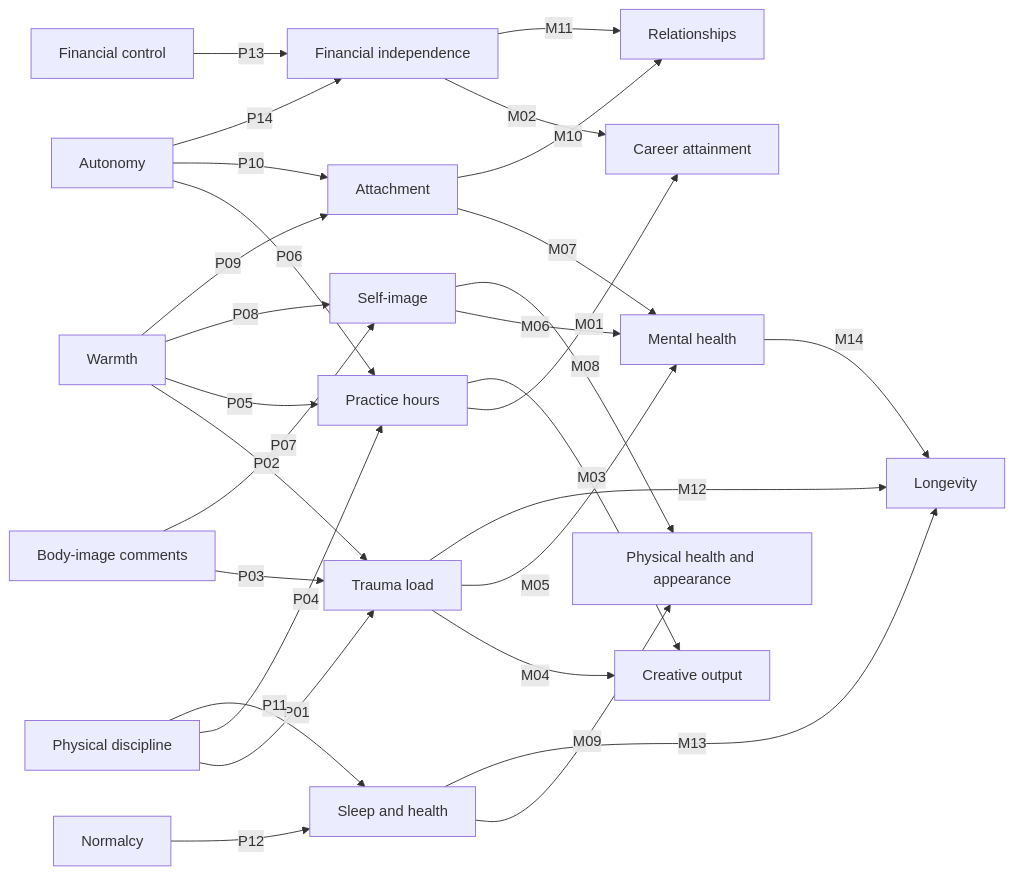
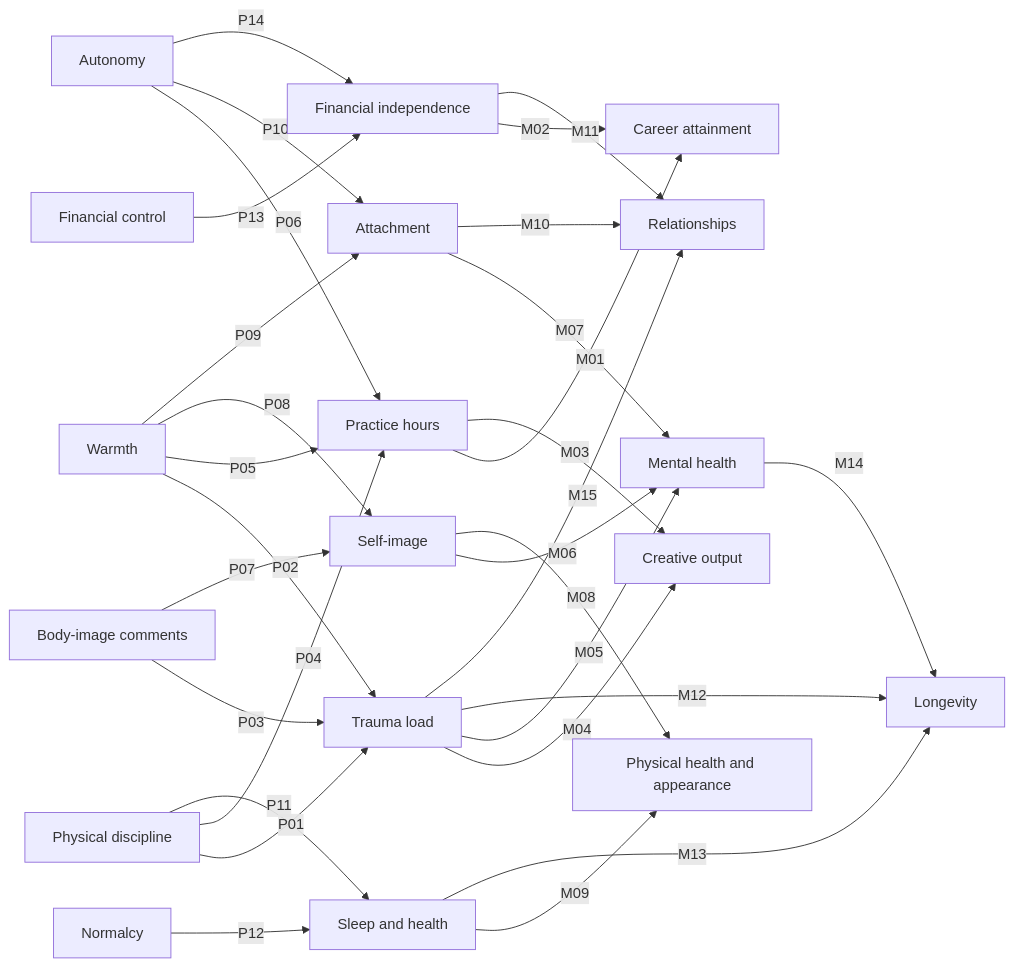
The diagram in docs/BUILD_GUIDE.md (rajisworking16/jackson-counterfactual), drawn with Mermaid before and after one commit. The commit also changed other lines of this file and 3 other files, not shown here.

````diff
--- a/docs/BUILD_GUIDE.md
+++ b/docs/BUILD_GUIDE.md
@@ -337,31 +339,32 @@
 ```mermaid
 flowchart LR
   D1[Physical discipline] -->|P01| M2[Trauma load]
   D2[Warmth] -->|P02| M2
   D5[Body-image comments] -->|P03| M2
   D1 -->|P04| M1[Practice hours]
   D2 -->|P05| M1
   D3[Autonomy] -->|P06| M1
   D5 -->|P07| M3[Self-image]
   D2 -->|P08| M3
   D2 -->|P09| M4[Attachment]
   D3 -->|P10| M4
   D1 -->|P11| M5[Sleep and health]
   D4[Normalcy] -->|P12| M5
   D6[Financial control] -->|P13| M6[Financial independence]
   D3 -->|P14| M6
   M1 -->|M01| O1[Career attainment]
   M6 -->|M02| O1
   M1 -->|M03| O2[Creative output]
   M2 -->|M04| O2
   M2 -->|M05| O3[Mental health]
   M3 -->|M06| O3
   M4 -->|M07| O3
   M3 -->|M08| O4[Physical health and appearance]
   M5 -->|M09| O4
   M4 -->|M10| O5[Relationships]
   M6 -->|M11| O5
   M2 -->|M12| O6[Longevity]
   M5 -->|M13| O6
   O3 -->|M14| O6
+  M2 -->|M15| O5
 ```
````
